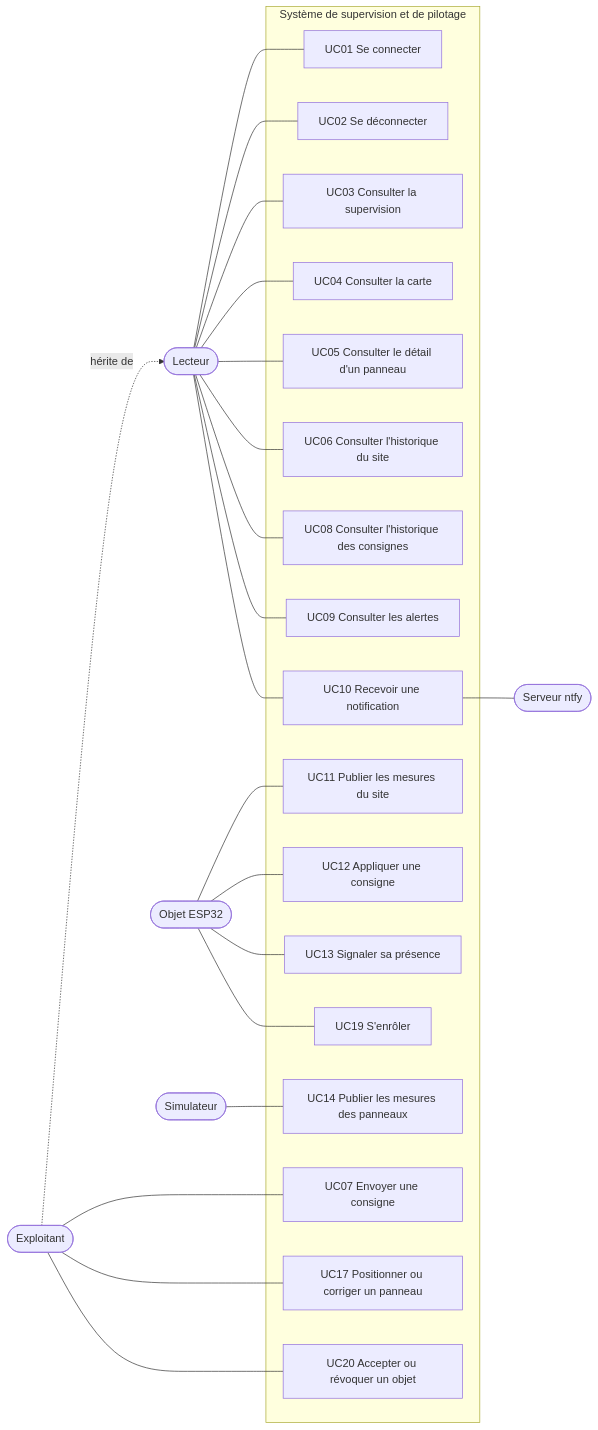
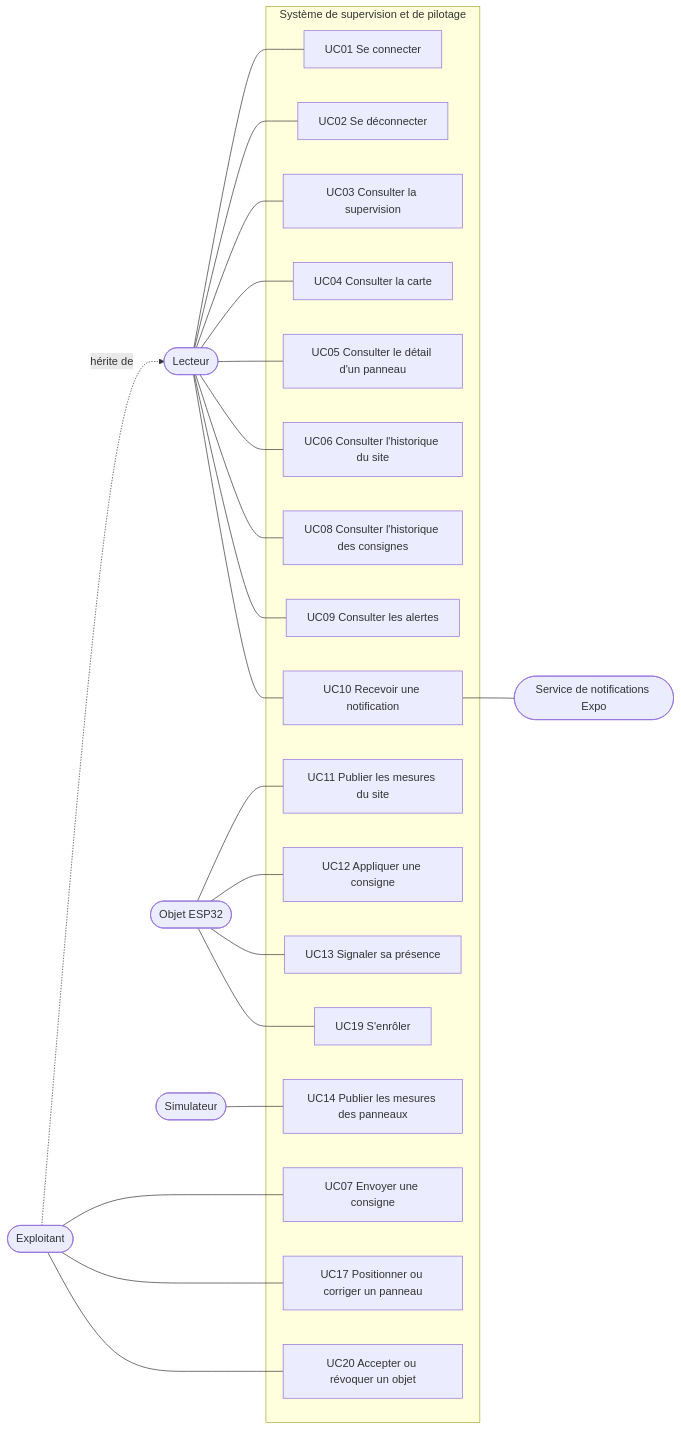
The first of 13 diagrams in docs/conception/02-uml.md (SamuelLnds/proj-app-mobile-co), drawn with Mermaid before and after one commit. The commit also changed other lines of this file and 59 other files, not shown here.

Commit message:
feat(api): remplace ntfy par le push Expo et les notifications locales

````diff
--- a/docs/conception/02-uml.md
+++ b/docs/conception/02-uml.md
@@ -22,35 +22,35 @@
 ```mermaid
 flowchart LR
   viewer(["Lecteur"])
   operator(["Exploitant"])
   device(["Objet ESP32"])
   simulator(["Simulateur"])
-  ntfy(["Serveur ntfy"])
+  expo(["Service de notifications Expo"])
 
   subgraph app["Système de supervision et de pilotage"]
     UC01["UC01 Se connecter"]
     UC02["UC02 Se déconnecter"]
     UC03["UC03 Consulter la supervision"]
     UC04["UC04 Consulter la carte"]
     UC05["UC05 Consulter le détail d'un panneau"]
     UC06["UC06 Consulter l'historique du site"]
     UC07["UC07 Envoyer une consigne"]
     UC08["UC08 Consulter l'historique des consignes"]
     UC09["UC09 Consulter les alertes"]
     UC10["UC10 Recevoir une notification"]
     UC11["UC11 Publier les mesures du site"]
     UC12["UC12 Appliquer une consigne"]
     UC13["UC13 Signaler sa présence"]
     UC14["UC14 Publier les mesures des panneaux"]
     UC17["UC17 Positionner ou corriger un panneau"]
     UC19["UC19 S'enrôler"]
     UC20["UC20 Accepter ou révoquer un objet"]
   end
 
   viewer --- UC01 & UC02 & UC03 & UC04 & UC05 & UC06 & UC08 & UC09 & UC10
   operator -. hérite de .-> viewer
   operator --- UC07 & UC17 & UC20
   device --- UC11 & UC12 & UC13 & UC19
   simulator --- UC14
-  UC10 --- ntfy
+  UC10 --- expo
 ```
````
